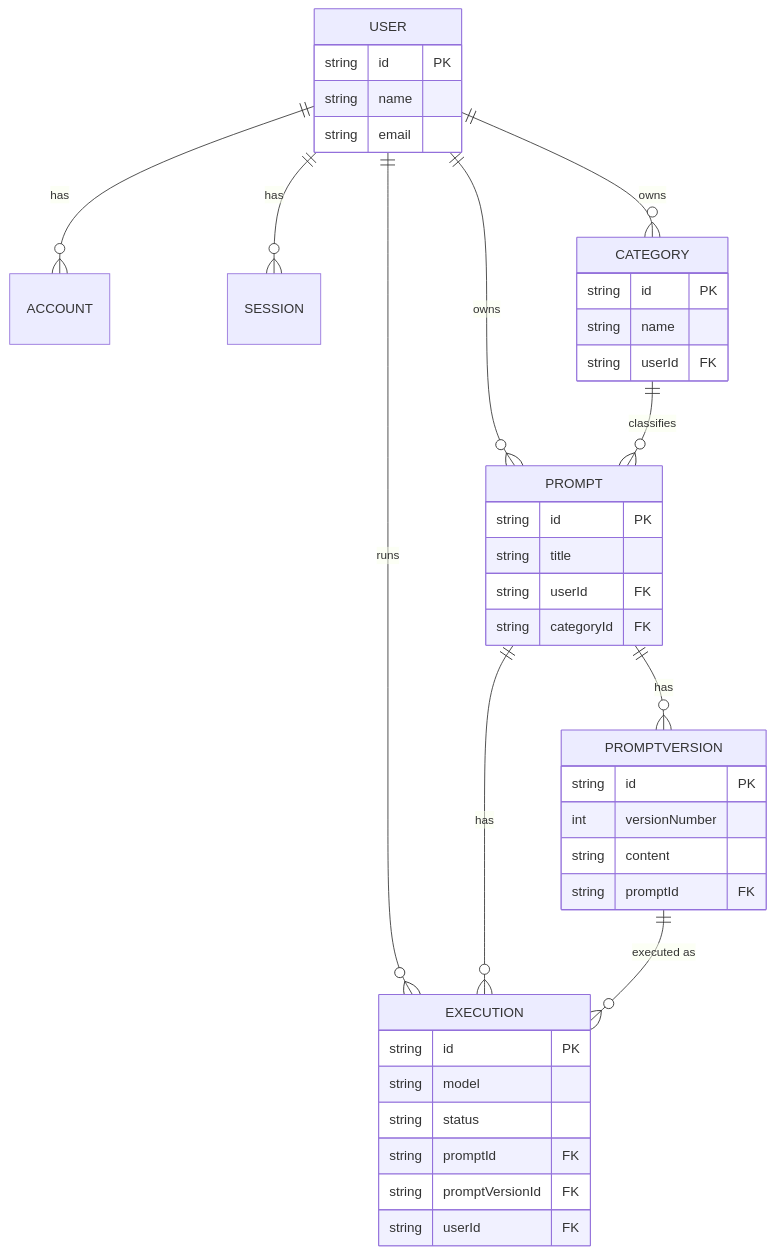
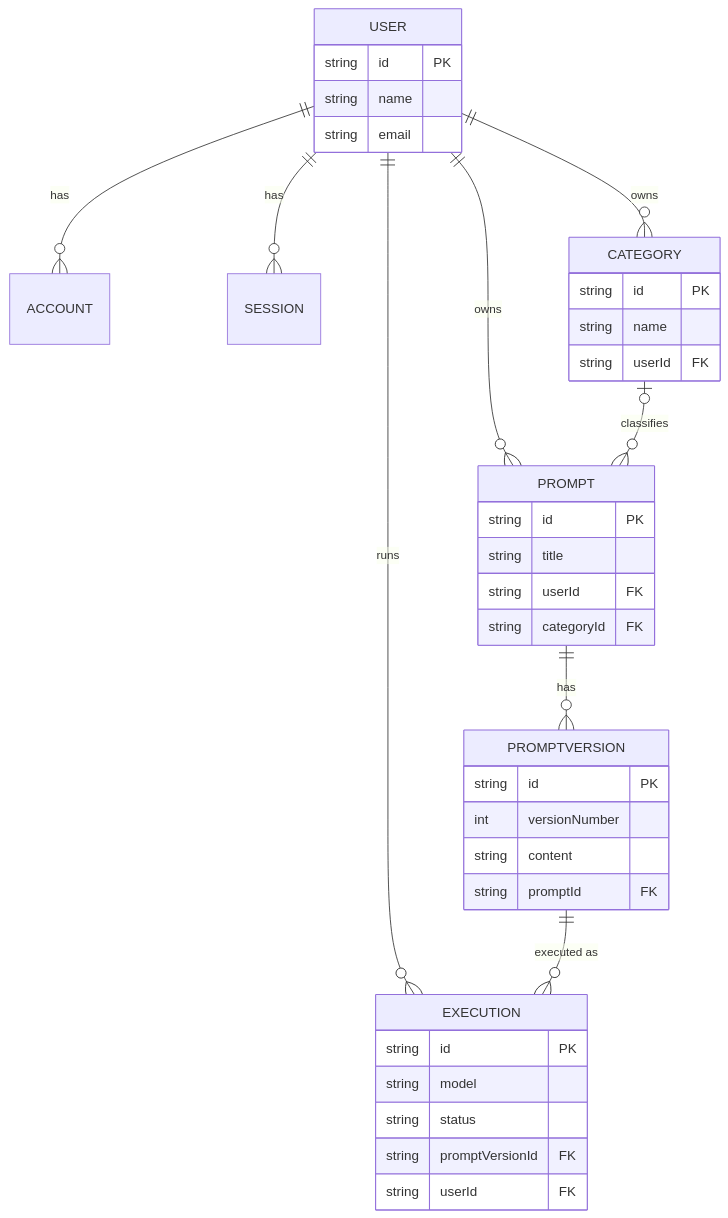
The second of 2 diagrams in docs/phase1-design.md (takubo29new/ai-forge), drawn with Mermaid before and after one commit. The commit also changed other lines of this file, not shown here.

Commit message:
コードレビュー指摘を反映してER図を修正
- CATEGORY-PROMPT関係を必須(||)から任意(o|)に修正
  (Prompt.categoryIdはnullableなため、未分類プロンプトを許容する設計と
  ER図が矛盾していた)
- feature/db-schemaでのスキーマ修正(Execution.promptId削除)に合わせて
  ER図・エンティティ定義を同期

````diff
--- a/docs/phase1-design.md
+++ b/docs/phase1-design.md
@@ -69,43 +69,41 @@
 ```mermaid
 erDiagram
     USER ||--o{ ACCOUNT : has
     USER ||--o{ SESSION : has
     USER ||--o{ CATEGORY : owns
     USER ||--o{ PROMPT : owns
     USER ||--o{ EXECUTION : runs
-    CATEGORY ||--o{ PROMPT : classifies
+    CATEGORY o|--o{ PROMPT : classifies
     PROMPT ||--o{ PROMPTVERSION : has
-    PROMPT ||--o{ EXECUTION : has
     PROMPTVERSION ||--o{ EXECUTION : "executed as"
 
     USER {
         string id PK
         string name
         string email
     }
     CATEGORY {
         string id PK
         string name
         string userId FK
     }
     PROMPT {
         string id PK
         string title
         string userId FK
         string categoryId FK
     }
     PROMPTVERSION {
         string id PK
         int versionNumber
         string content
         string promptId FK
     }
     EXECUTION {
         string id PK
         string model
         string status
-        string promptId FK
         string promptVersionId FK
         string userId FK
     }
 ```
````
